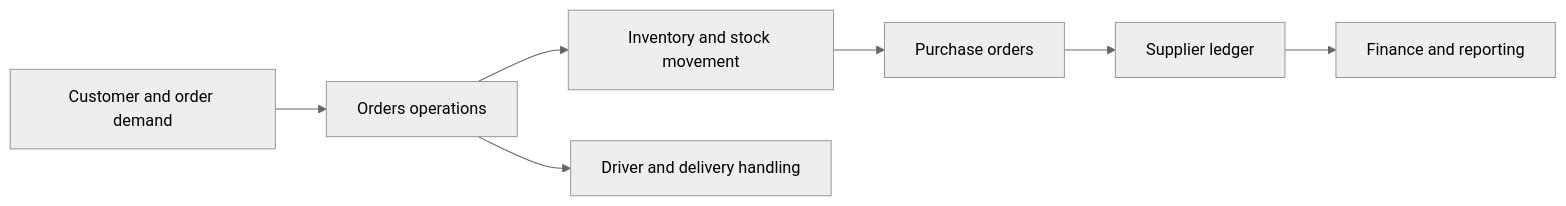
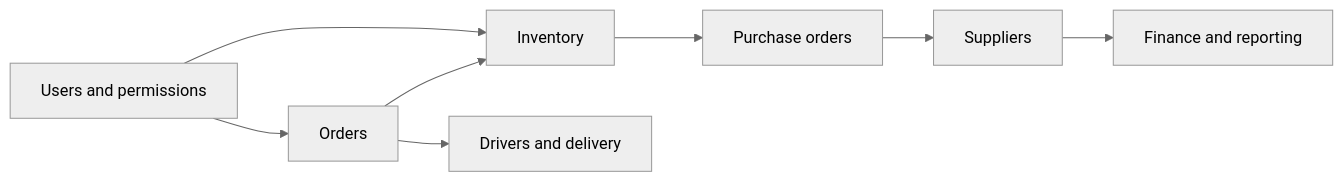
Before and after one commit to KareemQabil/freshflow-showcase: the diagram in README.md, drawn with Mermaid (neutral theme). The commit also changed other lines of this file and 4 other files, not shown here.

````diff
--- a/README.md
+++ b/README.md
@@ -66,9 +35,10 @@
 ```mermaid
 flowchart LR
-    A[Customer and order demand] --> B[Orders operations]
-    B --> C[Inventory and stock movement]
-    C --> D[Purchase orders]
-    D --> E[Supplier ledger]
-    B --> F[Driver and delivery handling]
-    E --> G[Finance and reporting]
+    A[Orders] --> B[Inventory]
+    B --> C[Purchase orders]
+    C --> D[Suppliers]
+    A --> E[Drivers and delivery]
+    D --> F[Finance and reporting]
+    G[Users and permissions] --> A
+    G --> B
 ```
````
